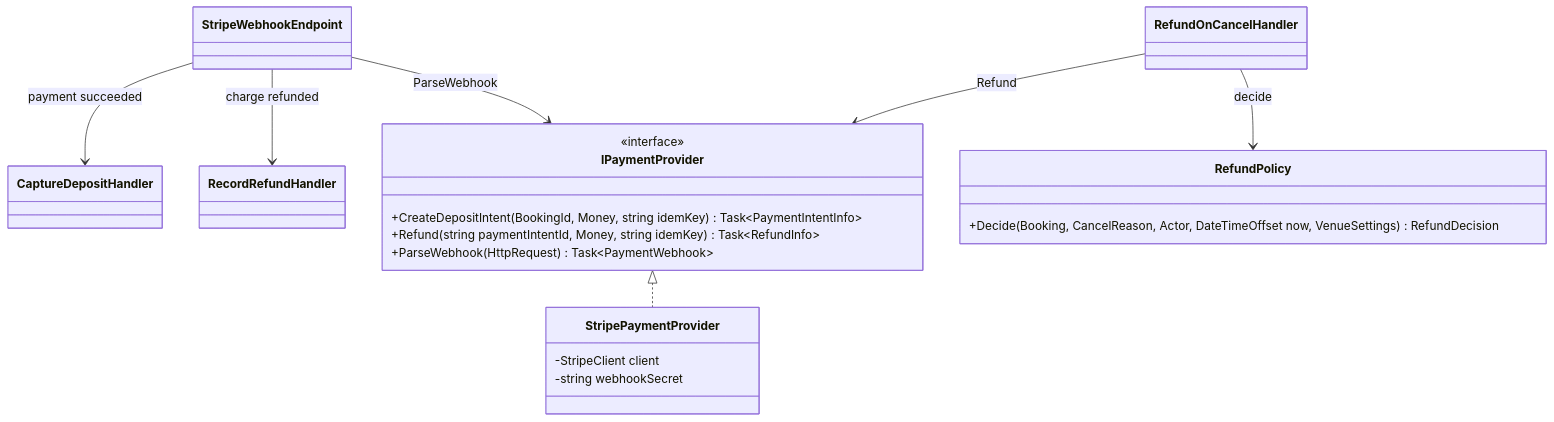
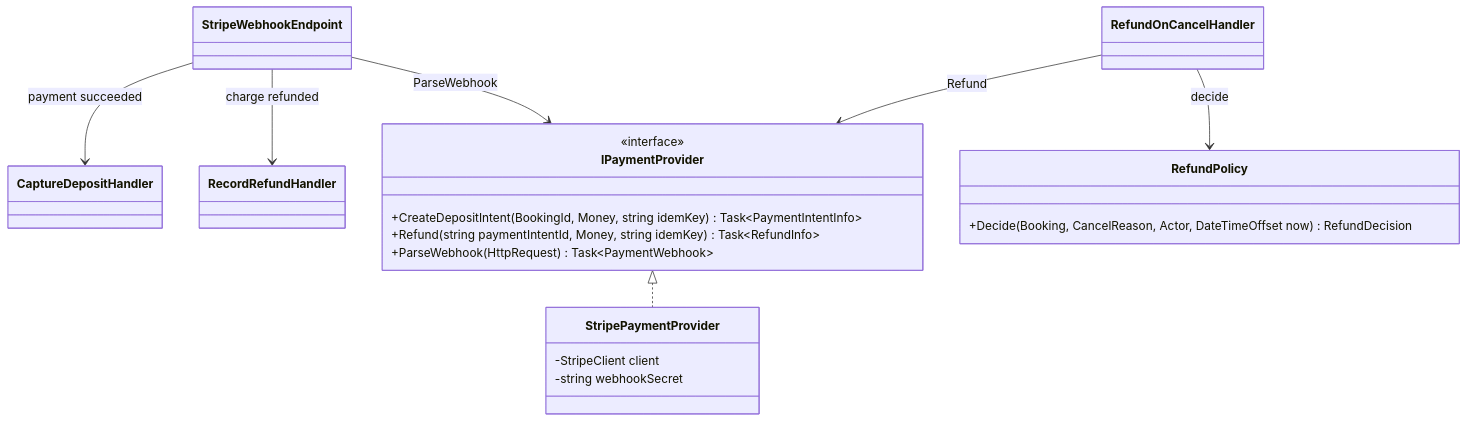
Before and after one commit to ring9834/TableReservation: diagram 17 of 24 in docs/Design.md, drawn with Mermaid. The commit also changed other lines of this file, not shown here.

Commit message:
When a booking is created, it saves its own copy of the deposit rule, the cancellation rule and the turn time.

````diff
--- a/docs/Design.md
+++ b/docs/Design.md
@@ -840,27 +884,27 @@
 ```mermaid
 classDiagram
     direction TB
     class StripeWebhookEndpoint
     class RefundOnCancelHandler
     class CaptureDepositHandler
     class RecordRefundHandler
     class IPaymentProvider {
         <<interface>>
         +CreateDepositIntent(BookingId, Money, string idemKey) Task~PaymentIntentInfo~
         +Refund(string paymentIntentId, Money, string idemKey) Task~RefundInfo~
         +ParseWebhook(HttpRequest) Task~PaymentWebhook~
     }
     class StripePaymentProvider {
         -StripeClient client
         -string webhookSecret
     }
     class RefundPolicy {
-        +Decide(Booking, CancelReason, Actor, DateTimeOffset now, VenueSettings) RefundDecision
+        +Decide(Booking, CancelReason, Actor, DateTimeOffset now) RefundDecision
     }
     StripeWebhookEndpoint --> IPaymentProvider : ParseWebhook
     StripeWebhookEndpoint --> CaptureDepositHandler : payment succeeded
     StripeWebhookEndpoint --> RecordRefundHandler : charge refunded
     RefundOnCancelHandler --> RefundPolicy : decide
     RefundOnCancelHandler --> IPaymentProvider : Refund
     IPaymentProvider <|.. StripePaymentProvider
 ```
````
